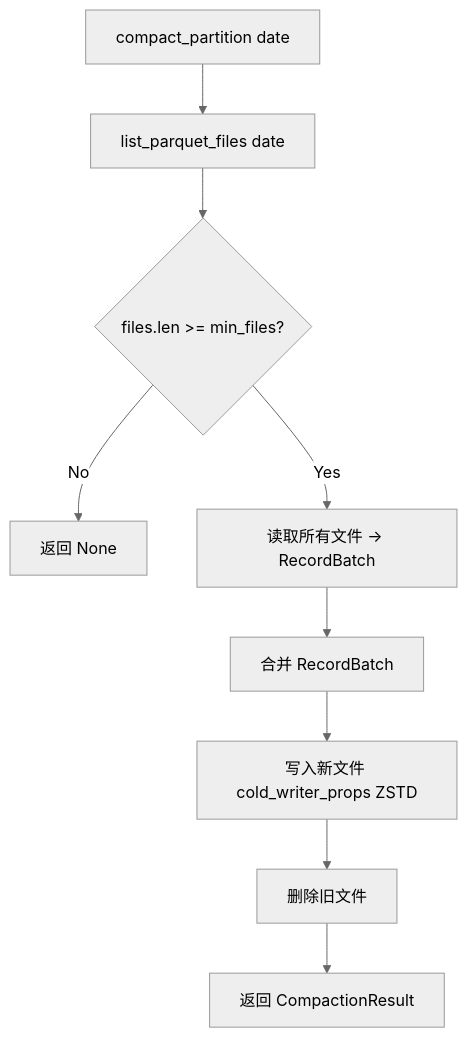
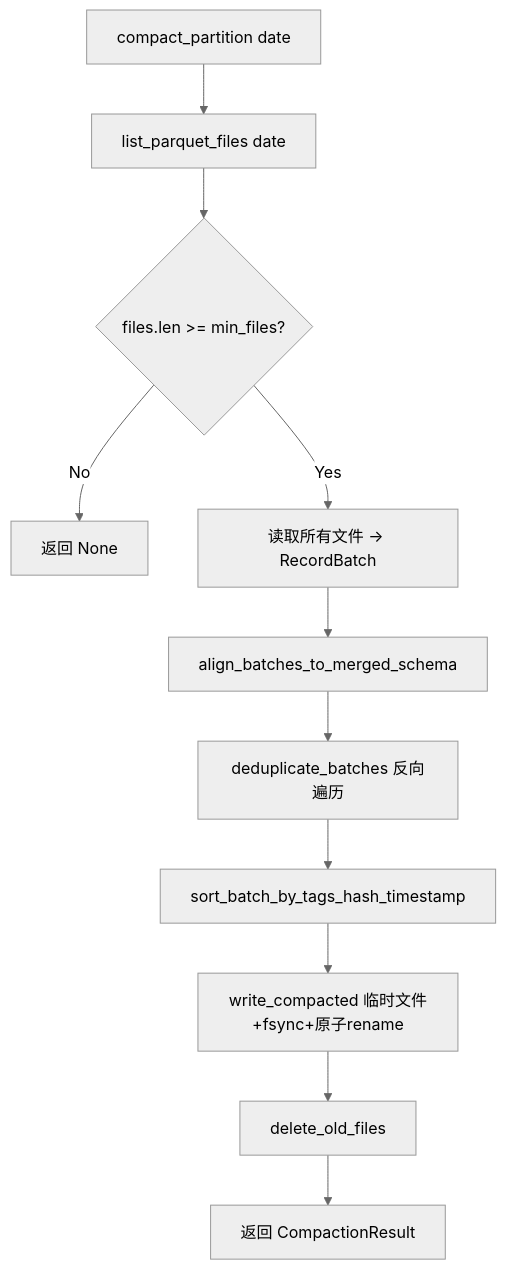
Before and after one commit to supermy/tsdb2: the fourth of 5 diagrams in docs/architecture.md, drawn with Mermaid (neutral theme). The commit also changed other lines of this file and 69 other files, not shown here.

````diff
--- a/docs/architecture.md
+++ b/docs/architecture.md
@@ -375,11 +473,13 @@
 ```mermaid
 flowchart TD
     A[compact_partition date] --> B[list_parquet_files date]
     B --> C{files.len >= min_files?}
     C -->|No| D[返回 None]
     C -->|Yes| E[读取所有文件 → RecordBatch]
-    E --> F[合并 RecordBatch]
-    F --> G[写入新文件 cold_writer_props ZSTD]
-    G --> H[删除旧文件]
-    H --> I[返回 CompactionResult]
+    E --> F[align_batches_to_merged_schema]
+    F --> G[deduplicate_batches 反向遍历]
+    G --> H[sort_batch_by_tags_hash_timestamp]
+    H --> I[write_compacted 临时文件+fsync+原子rename]
+    I --> J[delete_old_files]
+    J --> K[返回 CompactionResult]
 ```
````
